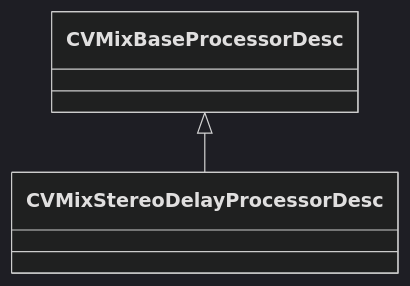
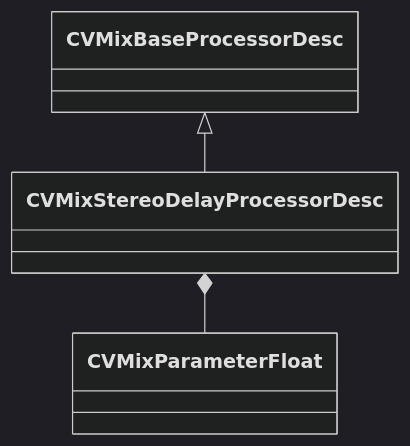
One commit to CS2OpenDev/CS2OpenDev-Docs changed the diagram in docs/generated/schemas/soundsystem_lowlevel/CVMixStereoDelayProcessorDesc.md. Above: the diagram before and after it, drawn with Mermaid (dark theme). The commit also changed other lines of this file and 4654 other files, not shown here.

Commit message:
docs: regenerate for SchemaTracker build 25947352 [skip ci]

````diff
--- a/docs/generated/schemas/soundsystem_lowlevel/CVMixStereoDelayProcessorDesc.md
+++ b/docs/generated/schemas/soundsystem_lowlevel/CVMixStereoDelayProcessorDesc.md
@@ -19,4 +19,5 @@
 ```mermaid
 classDiagram
     CVMixBaseProcessorDesc <|-- CVMixStereoDelayProcessorDesc
+    CVMixStereoDelayProcessorDesc *-- CVMixParameterFloat
 ```
````
